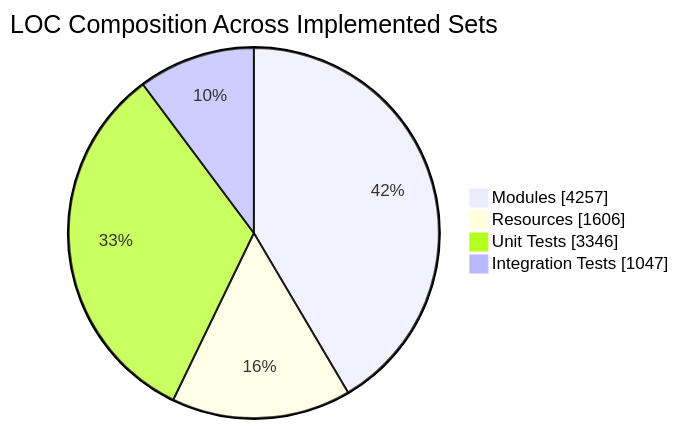
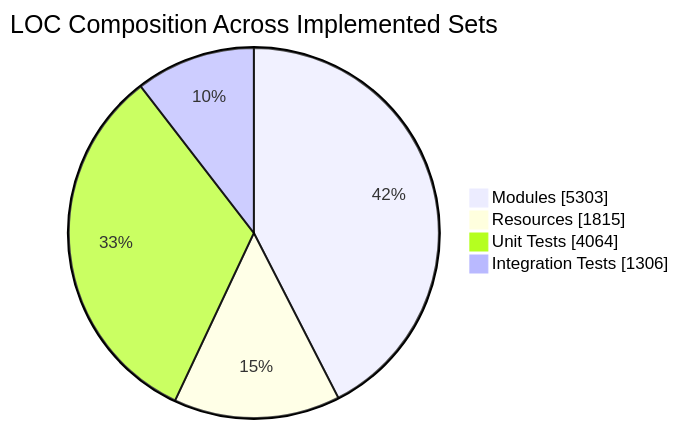
The second of 3 diagrams in docs/development/module_loc_summary.md (OIFhax/falcon-mcp), drawn with Mermaid before and after one commit. The commit also changed other lines of this file, not shown here.

Commit message:
Update LOC presentation for new modules

````diff
--- a/docs/development/module_loc_summary.md
+++ b/docs/development/module_loc_summary.md
@@ -55,8 +59,8 @@
 ```mermaid
 pie showData
     title LOC Composition Across Implemented Sets
-    "Modules" : 4257
-    "Resources" : 1606
-    "Unit Tests" : 3346
-    "Integration Tests" : 1047
+    "Modules" : 5303
+    "Resources" : 1815
+    "Unit Tests" : 4064
+    "Integration Tests" : 1306
 ```
````
